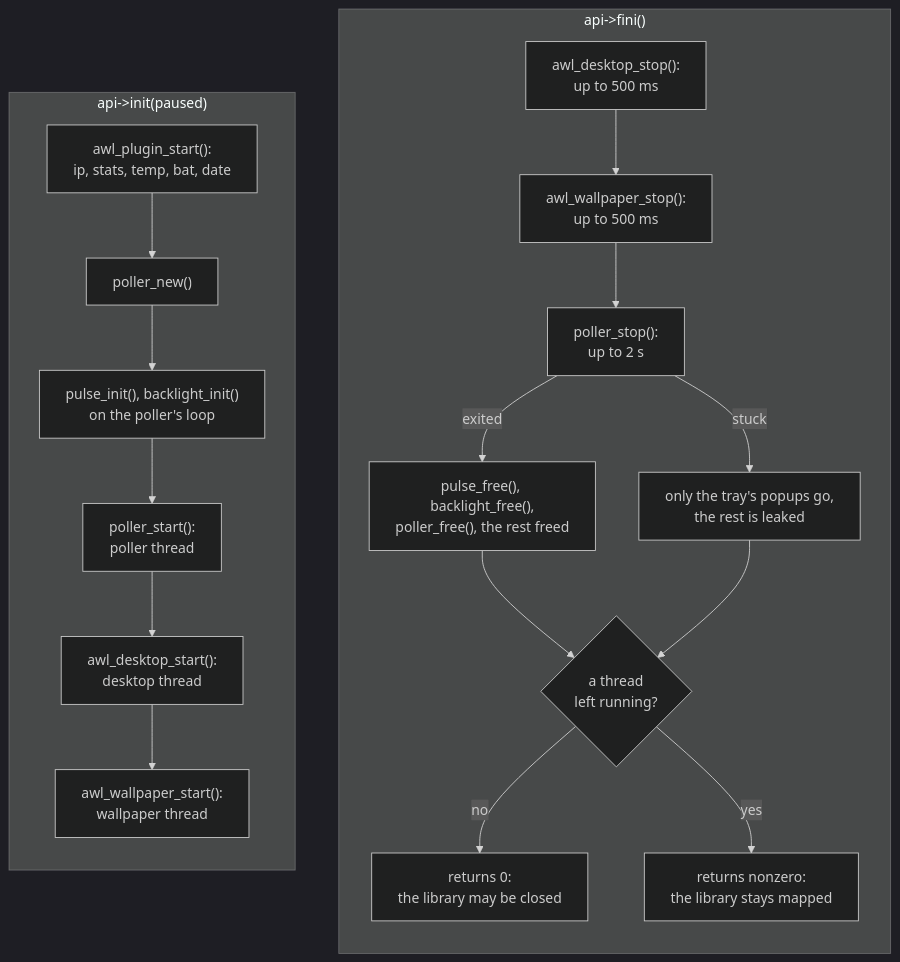
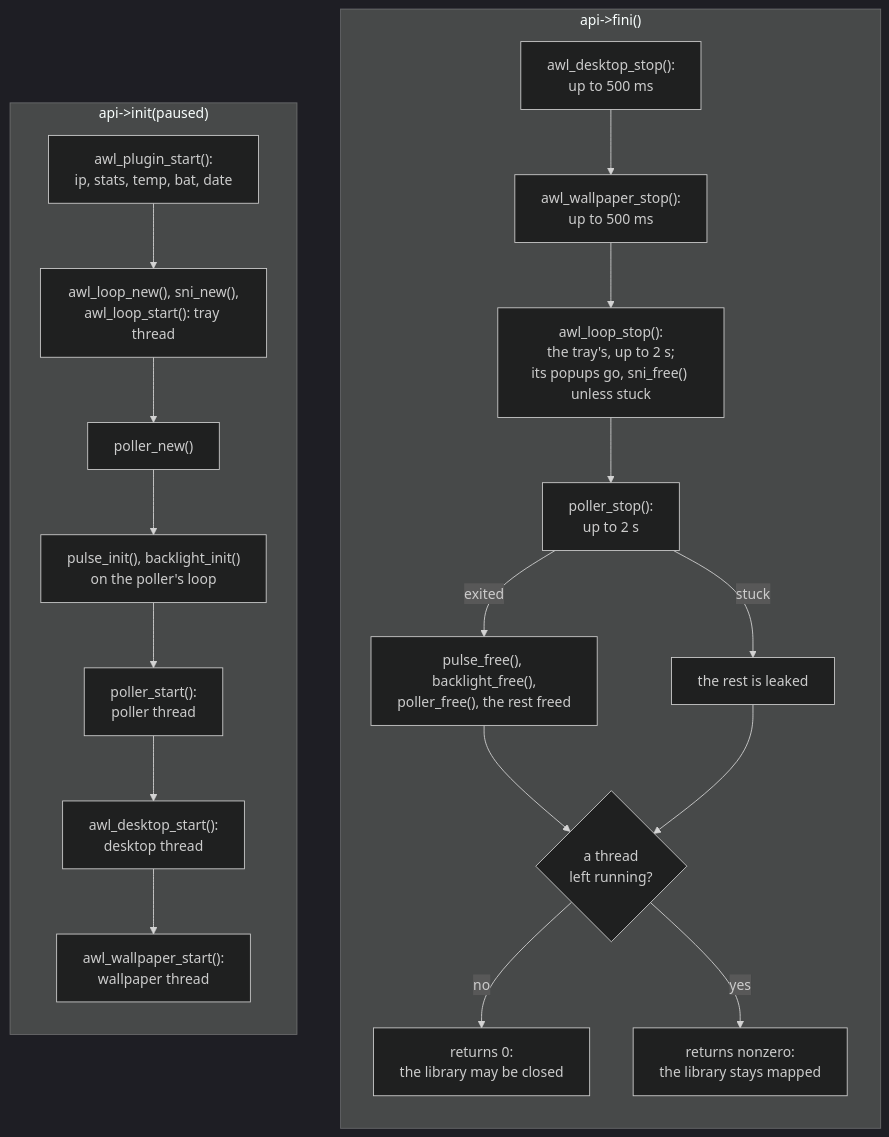
The third of 3 diagrams in doc/reload.rst (alcubierre-drive/awl), drawn with Mermaid (dark theme) before and after one commit. The commit also changed other lines of this file and 38 other files, not shown here.

```diff
--- a/doc/reload.rst
+++ b/doc/reload.rst
@@ -128,21 +129,22 @@
 .. mermaid::
 
    flowchart LR
      subgraph init["api->init(paused)"]
        direction TB
-       i1["awl_plugin_start():<br/>ip, stats, temp, bat, date"] --> i2["poller_new()"]
+       i1["awl_plugin_start():<br/>ip, stats, temp, bat, date"] --> i1b["awl_loop_new(), sni_new(),<br/>awl_loop_start(): tray thread"] --> i2["poller_new()"]
        i2 --> i3["pulse_init(), backlight_init()<br/>on the poller's loop"] --> i4["poller_start():<br/>poller thread"]
        i4 --> i5["awl_desktop_start():<br/>desktop thread"] --> i6["awl_wallpaper_start():<br/>wallpaper thread"]
      end
      subgraph fini["api->fini()"]
        direction TB
        f1["awl_desktop_stop():<br/>up to 500 ms"] --> f2["awl_wallpaper_stop():<br/>up to 500 ms"]
-       f2 --> f3["poller_stop():<br/>up to 2 s"]
+       f2 --> ft["awl_loop_stop():<br/>the tray's, up to 2 s;<br/>its popups go, sni_free() unless stuck"]
+       ft --> f3["poller_stop():<br/>up to 2 s"]
        f3 -- exited --> f4["pulse_free(), backlight_free(),<br/>poller_free(), the rest freed"]
-       f3 -- stuck --> f5["only the tray's popups go,<br/>the rest is leaked"]
+       f3 -- stuck --> f5["the rest is leaked"]
        f4 --> stuck{"a thread<br/>left running?"}
        f5 --> stuck
        stuck -- no --> r0["returns 0:<br/>the library may be closed"]
        stuck -- yes --> r1["returns nonzero:<br/>the library stays mapped"]
      end
      init ~~~ fini
```
